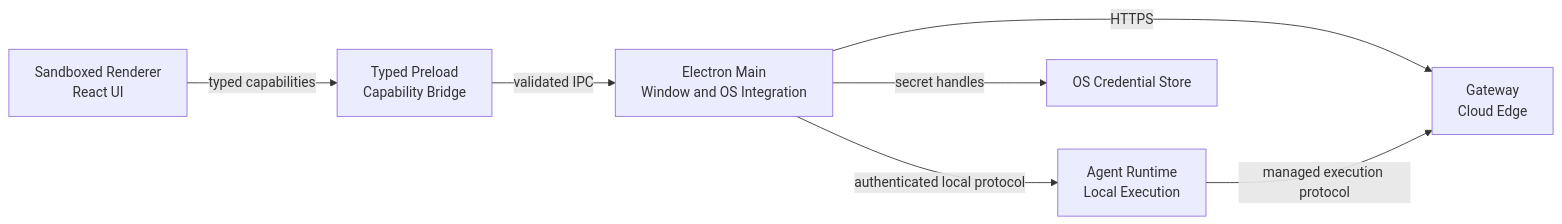
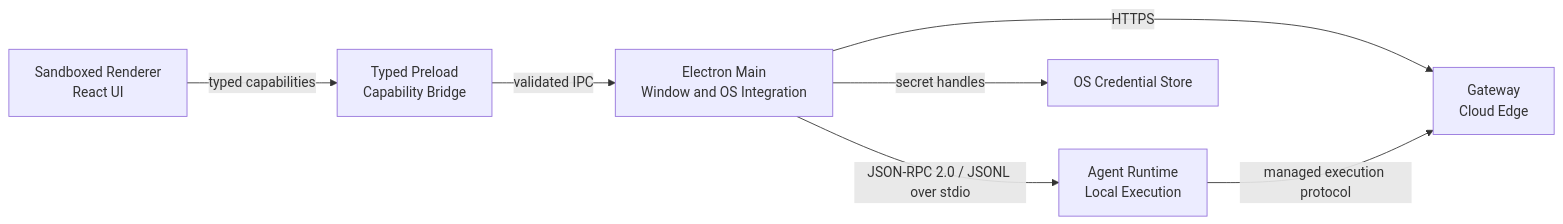
The first of 2 diagrams in apps/desktop/docs/architecture.md (hataketed7977/taskpilot), drawn with Mermaid before and after one commit. The commit also changed other lines of this file and 6 other files, not shown here.

Commit message:
docs: simplify desktop runtime architecture

````diff
--- a/apps/desktop/docs/architecture.md
+++ b/apps/desktop/docs/architecture.md
@@ -41,16 +43,16 @@
 ```mermaid
 flowchart LR
     renderer["Sandboxed Renderer\nReact UI"]
     preload["Typed Preload\nCapability Bridge"]
     main["Electron Main\nWindow and OS Integration"]
     runtime["Agent Runtime\nLocal Execution"]
     gateway["Gateway\nCloud Edge"]
     credential["OS Credential Store"]
 
     renderer -->|typed capabilities| preload
     preload -->|validated IPC| main
-    main -->|authenticated local protocol| runtime
+    main -->|JSON-RPC 2.0 / JSONL over stdio| runtime
     main -->|HTTPS| gateway
     main -->|secret handles| credential
     runtime -->|managed execution protocol| gateway
 ```
````
